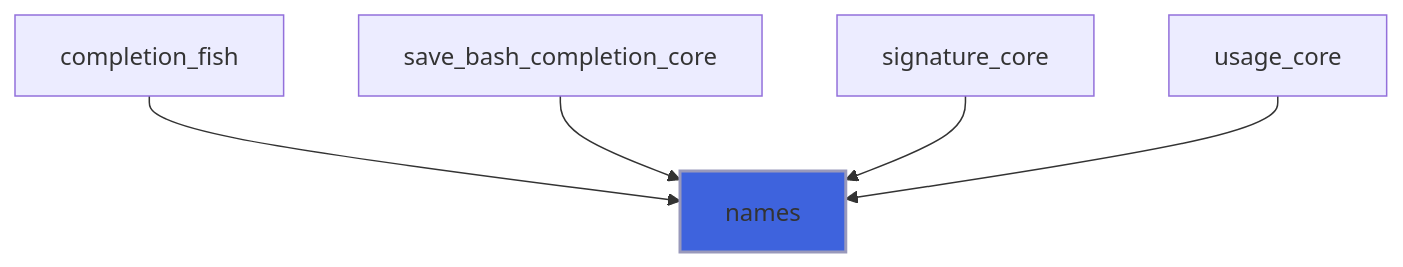
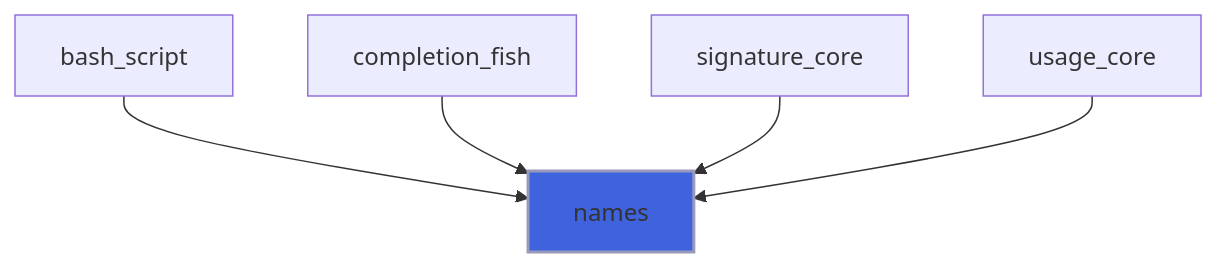
Diagram 27 of 39 in docs/api/src/lib/flap_command_line_arguments_group_t.md (szaghi/FLAP), drawn with Mermaid before and after one commit. The commit also changed other lines of this file and 15 other files, not shown here.

````diff
--- a/docs/api/src/lib/flap_command_line_arguments_group_t.md
+++ b/docs/api/src/lib/flap_command_line_arguments_group_t.md
@@ -1028,8 +1030,8 @@
 ```mermaid
 flowchart TD
+  bash_script["bash_script"] --> names["names"]
   completion_fish["completion_fish"] --> names["names"]
-  save_bash_completion_core["save_bash_completion_core"] --> names["names"]
   signature_core["signature_core"] --> names["names"]
   usage_core["usage_core"] --> names["names"]
   style names fill:#3e63dd,stroke:#99b,stroke-width:2px
 ```
````
